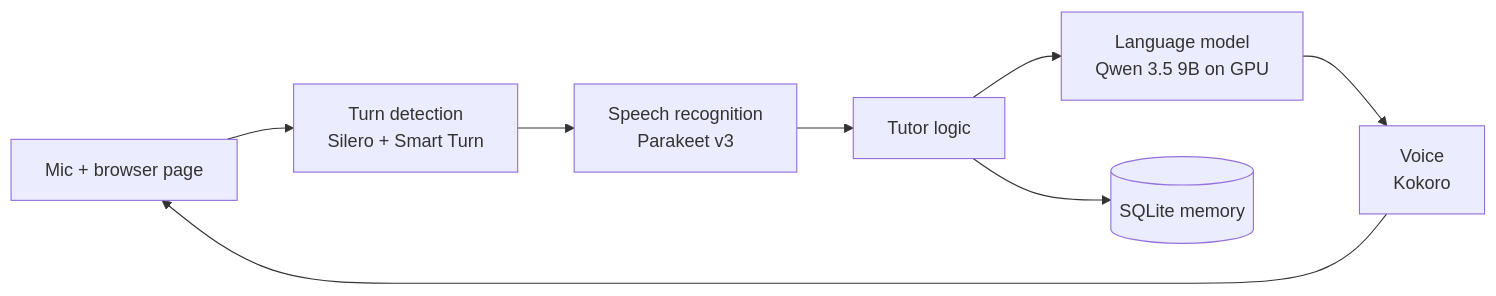
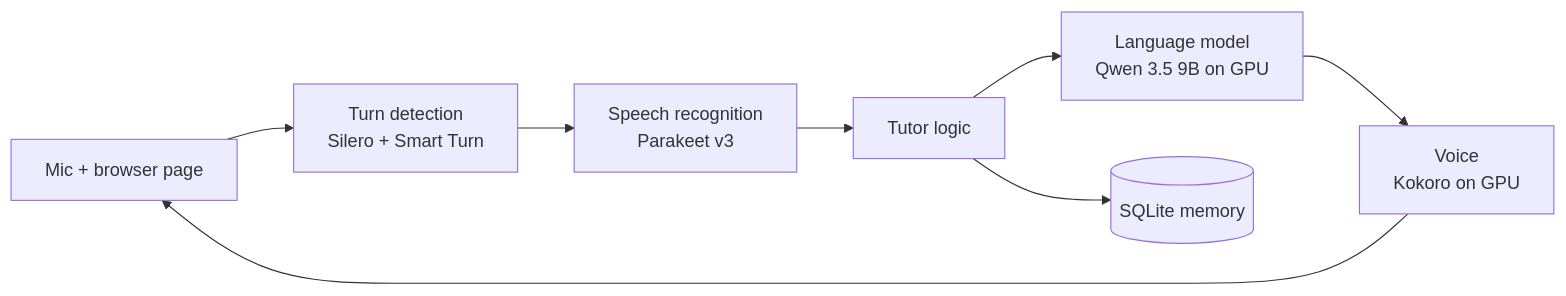
One commit to Ahmed-Yassine-Hajjaji/spanish-companion changed the diagram in README.md. Above: the diagram before and after it, drawn with Mermaid. The commit also changed other lines of this file and 5 other files, not shown here.

````diff
--- a/README.md
+++ b/README.md
@@ -28,10 +28,10 @@
 ```mermaid
 flowchart LR
     A[Mic + browser page] --> B[Turn detection<br/>Silero + Smart Turn]
     B --> C[Speech recognition<br/>Parakeet v3]
     C --> D[Tutor logic]
     D --> E[Language model<br/>Qwen 3.5 9B on GPU]
-    E --> F[Voice<br/>Kokoro]
+    E --> F[Voice<br/>Kokoro on GPU]
     F --> A
     D --> G[(SQLite memory)]
 ```
````
